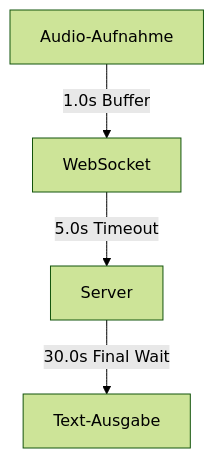
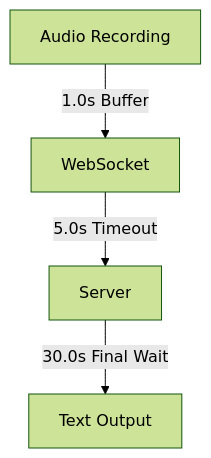
Before and after one commit to dnhrdt/whisper_client: the diagram in README.md, drawn with Mermaid (forest theme). The commit also changed other lines of this file and 25 other files, not shown here.

````diff
--- a/README.md
+++ b/README.md
@@ -51,6 +51,6 @@
 ```mermaid
 flowchart TD
-    A[Audio-Aufnahme] -->|1.0s Buffer| B[WebSocket]
+    A[Audio Recording] -->|1.0s Buffer| B[WebSocket]
     B -->|5.0s Timeout| C[Server]
-    C -->|30.0s Final Wait| D[Text-Ausgabe]
+    C -->|30.0s Final Wait| D[Text Output]
 ```
````
